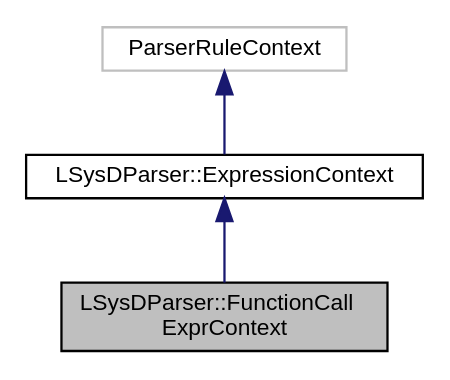
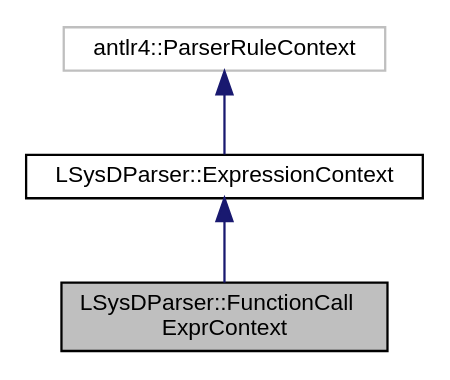
The diagram in classLSysDParser_1_1FunctionCallExprContext__coll__graph.dot (acs2405/LSysGen), drawn with Graphviz before and after one commit. The commit also changed 572 other files, not shown here.

```diff
--- a/classLSysDParser_1_1FunctionCallExprContext__coll__graph.dot
+++ b/classLSysDParser_1_1FunctionCallExprContext__coll__graph.dot
@@ -1,11 +1,11 @@
 digraph "LSysDParser::FunctionCallExprContext"
 {
  // LATEX_PDF_SIZE
   edge [fontname="Helvetica",fontsize="10",labelfontname="Helvetica",labelfontsize="10"];
   node [fontname="Helvetica",fontsize="10",shape=record];
   Node1 [label="LSysDParser::FunctionCall\lExprContext",height=0.2,width=0.4,color="black", fillcolor="grey75", style="filled", fontcolor="black",tooltip=" "];
   Node2 -> Node1 [dir="back",color="midnightblue",fontsize="10",style="solid",fontname="Helvetica"];
   Node2 [label="LSysDParser::ExpressionContext",height=0.2,width=0.4,color="black", fillcolor="white", style="filled",URL="$classLSysDParser_1_1ExpressionContext.html",tooltip=" "];
   Node3 -> Node2 [dir="back",color="midnightblue",fontsize="10",style="solid",fontname="Helvetica"];
-  Node3 [label="ParserRuleContext",height=0.2,width=0.4,color="grey75", fillcolor="white", style="filled",tooltip=" "];
+  Node3 [label="antlr4::ParserRuleContext",height=0.2,width=0.4,color="grey75", fillcolor="white", style="filled",tooltip=" "];
 }
```
